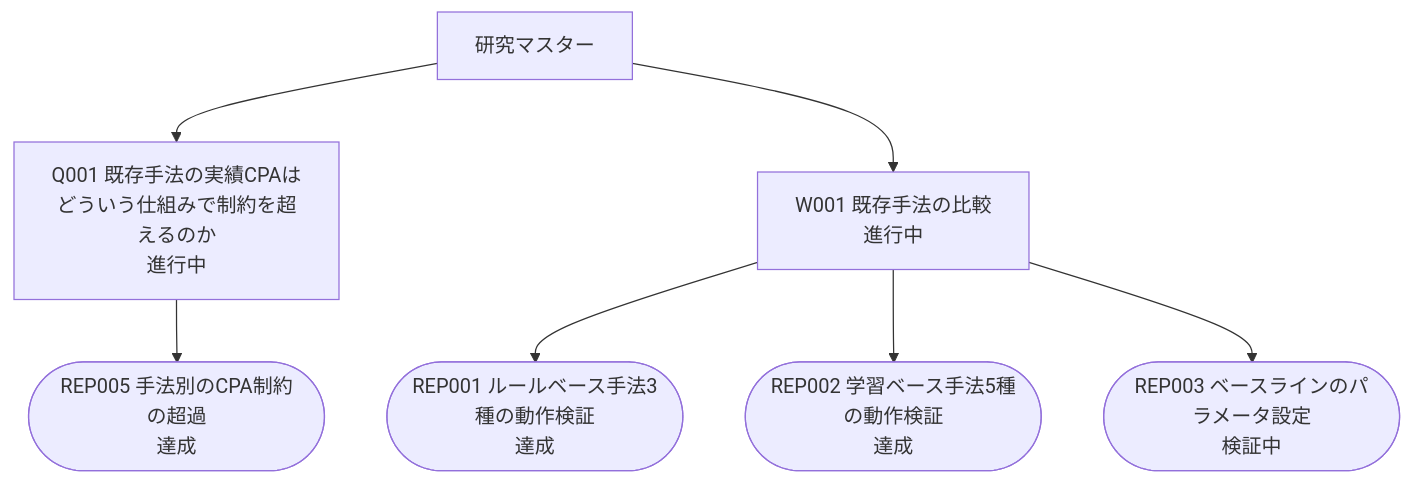
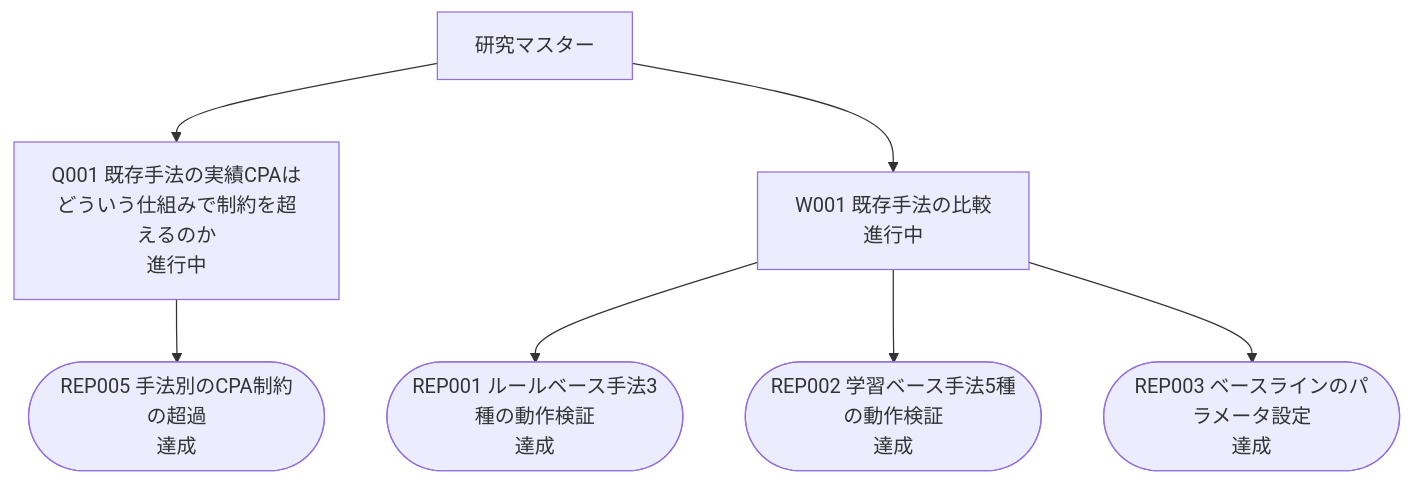
Before and after one commit to yayoten/AuctionNet: the diagram in research/flow.md, drawn with Mermaid. The commit also changed other lines of this file and 3 other files, not shown here.

Commit message:
add : W001/REP003 の報告（tex・PDF、2 ページ。最終的に決めた設定のまとめ）、flow.md と W001 のまとめ PDF を更新

````diff
--- a/research/flow.md
+++ b/research/flow.md
@@ -23,16 +23,16 @@
 ```mermaid
 graph TD
   ROOT[研究マスター]
   Q001["Q001 既存手法の実績CPAはどういう仕組みで制約を超えるのか<br/>進行中"]
   ROOT --> Q001
   REP005(["REP005 手法別のCPA制約の超過<br/>達成"])
   Q001 --> REP005
   W001["W001 既存手法の比較<br/>進行中"]
   ROOT --> W001
   REP001(["REP001 ルールベース手法3種の動作検証<br/>達成"])
   W001 --> REP001
   REP002(["REP002 学習ベース手法5種の動作検証<br/>達成"])
   W001 --> REP002
-  REP003(["REP003 ベースラインのパラメータ設定<br/>検証中"])
+  REP003(["REP003 ベースラインのパラメータ設定<br/>達成"])
   W001 --> REP003
 ```
````
